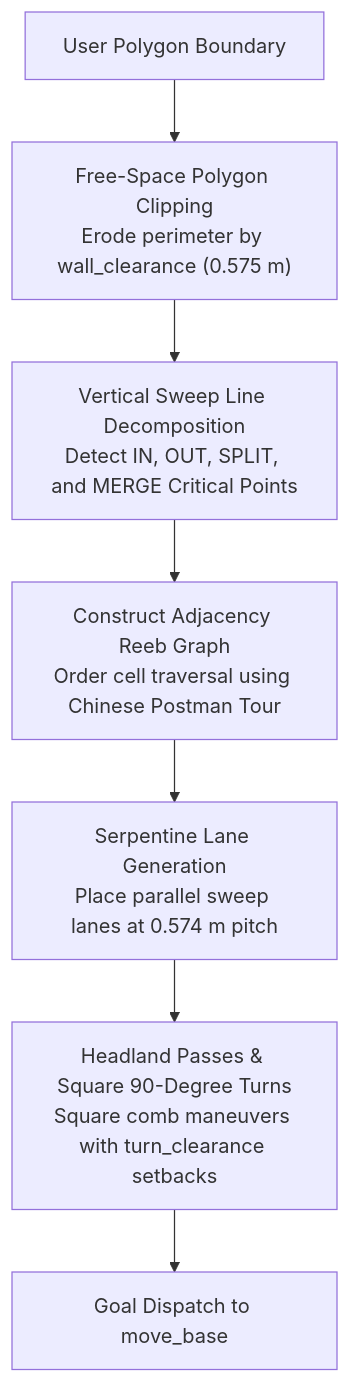
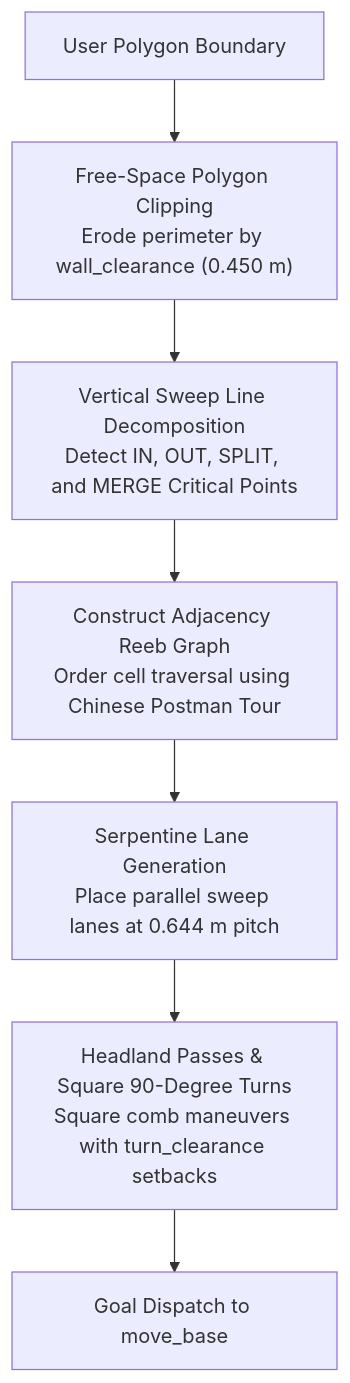
Before and after one commit to itbdelaboprogramming/msd700_documentation: the second of 4 diagrams in docs/development/ros/boustrophedon-and-alignment.md, drawn with Mermaid. The commit also changed other lines of this file and 110 other files, not shown here.

````diff
--- a/docs/development/ros/boustrophedon-and-alignment.md
+++ b/docs/development/ros/boustrophedon-and-alignment.md
@@ -62,9 +65,9 @@
 ```mermaid
 flowchart TD
-  A["User Polygon Boundary"] --> B["Free-Space Polygon Clipping<br/>Erode perimeter by wall_clearance (0.575 m)"]
+  A["User Polygon Boundary"] --> B["Free-Space Polygon Clipping<br/>Erode perimeter by wall_clearance (0.450 m)"]
   B --> C["Vertical Sweep Line Decomposition<br/>Detect IN, OUT, SPLIT, and MERGE Critical Points"]
   C --> D["Construct Adjacency Reeb Graph<br/>Order cell traversal using Chinese Postman Tour"]
-  D --> E["Serpentine Lane Generation<br/>Place parallel sweep lanes at 0.574 m pitch"]
+  D --> E["Serpentine Lane Generation<br/>Place parallel sweep lanes at 0.644 m pitch"]
   E --> F["Headland Passes & Square 90-Degree Turns<br/>Square comb maneuvers with turn_clearance setbacks"]
   F --> G["Goal Dispatch to move_base"]
 ```
````
